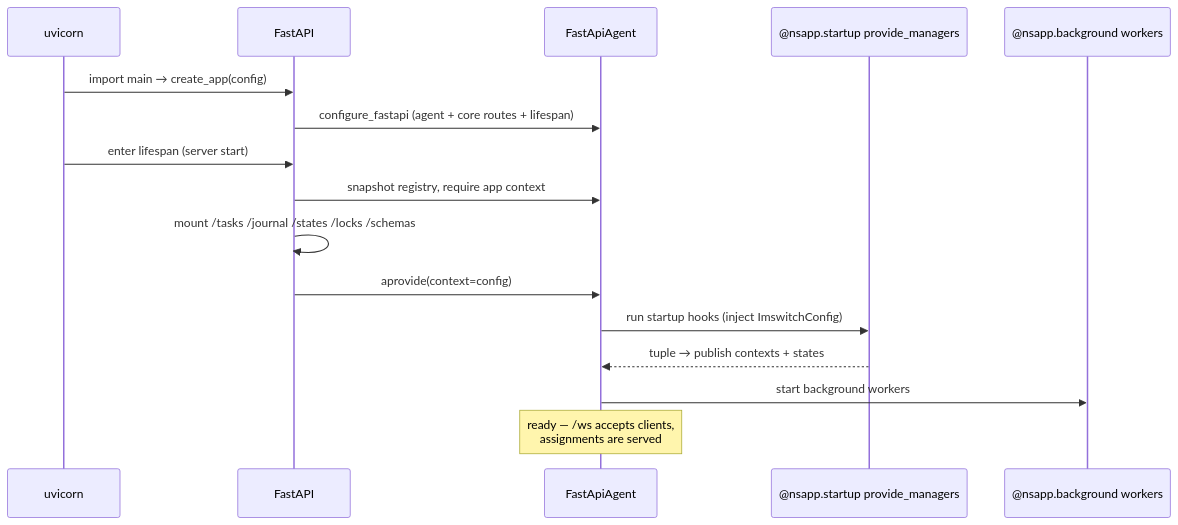
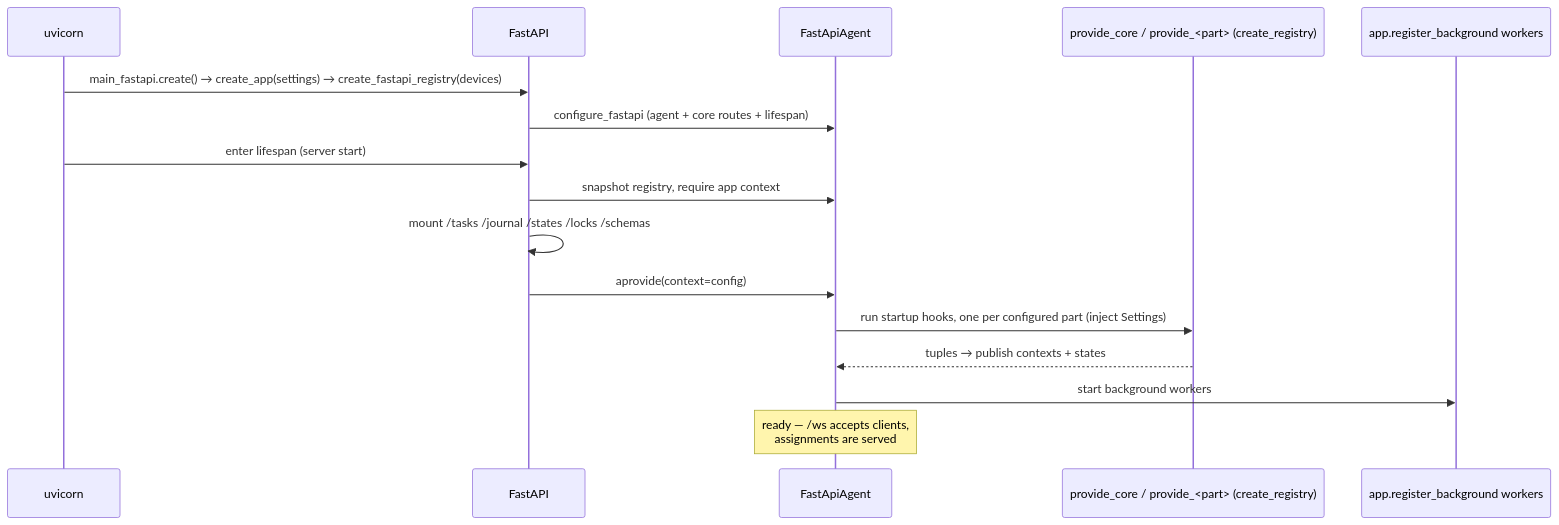
One commit to openUC2/newswitch changed the second of 2 diagrams in docs/ARCHITECTURE.md. Above: the diagram before and after it, drawn with Mermaid. The commit also changed other lines of this file and 277 other files, not shown here.

````diff
--- a/docs/ARCHITECTURE.md
+++ b/docs/ARCHITECTURE.md
@@ -277,18 +389,18 @@
 ```mermaid
 sequenceDiagram
     participant U as uvicorn
     participant F as FastAPI
     participant A as FastApiAgent
-    participant S as @nsapp.startup provide_managers
-    participant B as @nsapp.background workers
-    U->>F: import main → create_app(config)
+    participant S as provide_core / provide_<part> (create_registry)
+    participant B as app.register_background workers
+    U->>F: main_fastapi.create() → create_app(settings) → create_fastapi_registry(devices)
     F->>A: configure_fastapi (agent + core routes + lifespan)
     U->>F: enter lifespan (server start)
     F->>A: snapshot registry, require app context
     F->>F: mount /tasks /journal /states /locks /schemas
     F->>A: aprovide(context=config)
-    A->>S: run startup hooks (inject ImswitchConfig)
-    S-->>A: tuple → publish contexts + states
+    A->>S: run startup hooks, one per configured part (inject Settings)
+    S-->>A: tuples → publish contexts + states
     A->>B: start background workers
     Note over A: ready — /ws accepts clients,<br/>assignments are served
 ```
````
